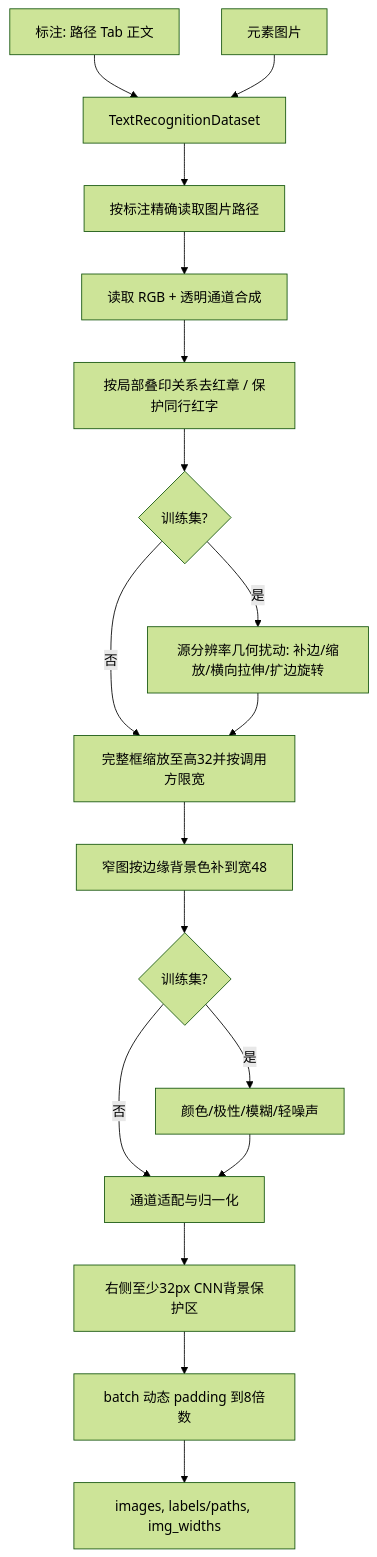
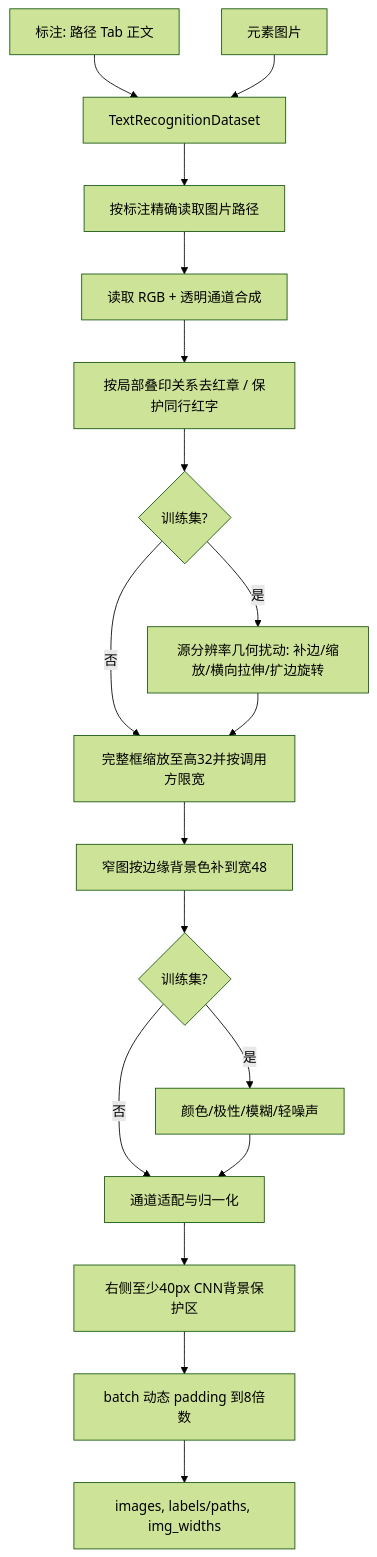
The first of 2 diagrams in docs/recogniton/recognition.md (MAKENOTES/ocr-web), drawn with Mermaid (forest theme) before and after one commit. The commit also changed other lines of this file and 39 other files, not shown here.

````diff
--- a/docs/recogniton/recognition.md
+++ b/docs/recogniton/recognition.md
@@ -14,20 +14,20 @@
 ```mermaid
 flowchart TD
     A[标注: 路径 Tab 正文] --> DS[TextRecognitionDataset]
     I[元素图片] --> DS
     DS --> PNG[按标注精确读取图片路径]
     PNG --> RGB[读取 RGB + 透明通道合成]
     RGB --> SEAL[按局部叠印关系去红章 / 保护同行红字]
     SEAL --> GEO{训练集?}
     GEO -->|是| SG[源分辨率几何扰动: 补边/缩放/横向拉伸/扩边旋转]
     GEO -->|否| RESIZE[完整框缩放至高32并按调用方限宽]
     SG --> RESIZE
     RESIZE --> MINW[窄图按边缘背景色补到宽48]
     MINW --> AUG{训练集?}
     AUG -->|是| TA[颜色/极性/模糊/轻噪声]
     AUG -->|否| NORM[通道适配与归一化]
     TA --> NORM
-    NORM --> CTX[右侧至少32px CNN背景保护区]
+    NORM --> CTX[右侧至少40px CNN背景保护区]
     CTX --> PAD[batch 动态 padding 到8倍数]
     PAD --> OUT[images, labels/paths, img_widths]
 ```
````
